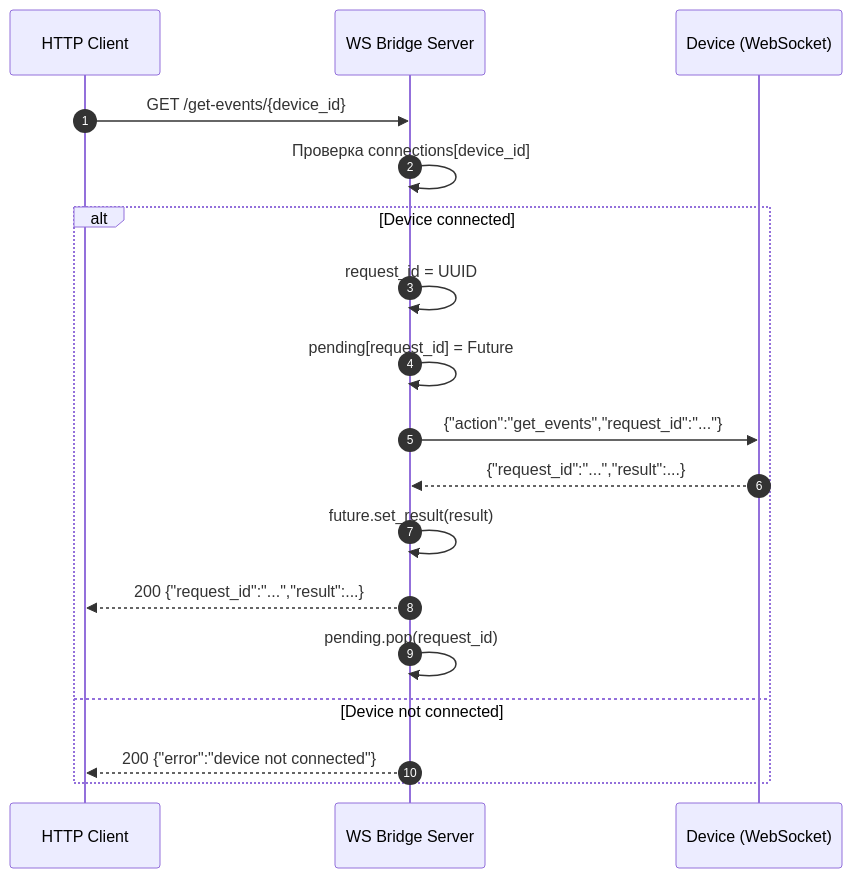
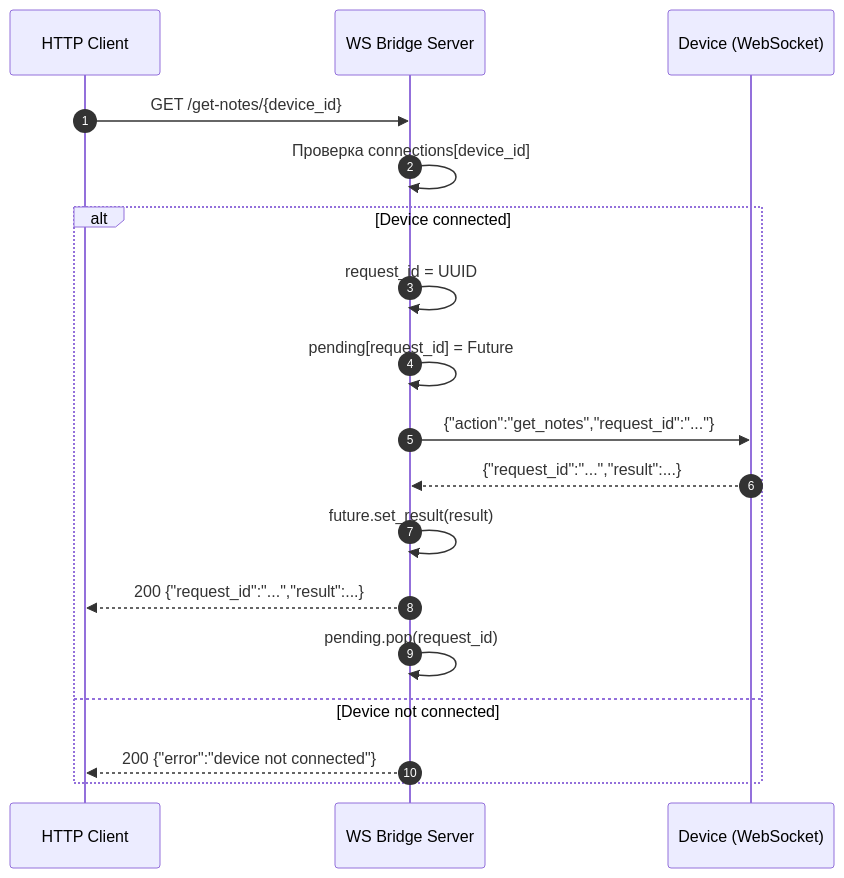
The first of 2 diagrams in documentation/ws_bridge_server_sequence.md (Alex-od/business_calendar), drawn with Mermaid before and after one commit. The commit also changed other lines of this file and 44 other files, not shown here.

````diff
--- a/documentation/ws_bridge_server_sequence.md
+++ b/documentation/ws_bridge_server_sequence.md
@@ -5,22 +5,22 @@
 ```mermaid
 sequenceDiagram
     autonumber
     participant C as HTTP Client
     participant S as WS Bridge Server
     participant D as Device (WebSocket)
 
-    C->>S: GET /get-events/{device_id}
+    C->>S: GET /get-notes/{device_id}
     S->>S: Проверка connections[device_id]
 
     alt Device connected
         S->>S: request_id = UUID
         S->>S: pending[request_id] = Future
-        S->>D: {"action":"get_events","request_id":"..."}
+        S->>D: {"action":"get_notes","request_id":"..."}
         D-->>S: {"request_id":"...","result":...}
         S->>S: future.set_result(result)
         S-->>C: 200 {"request_id":"...","result":...}
         S->>S: pending.pop(request_id)
     else Device not connected
         S-->>C: 200 {"error":"device not connected"}
     end
 ```
````
